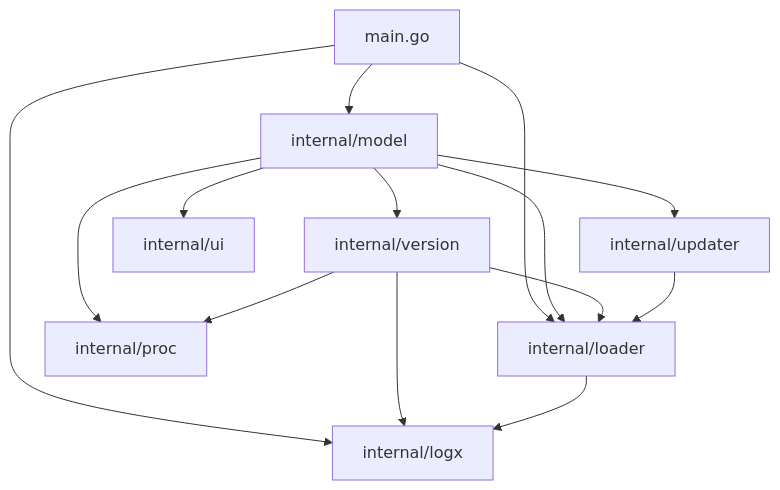
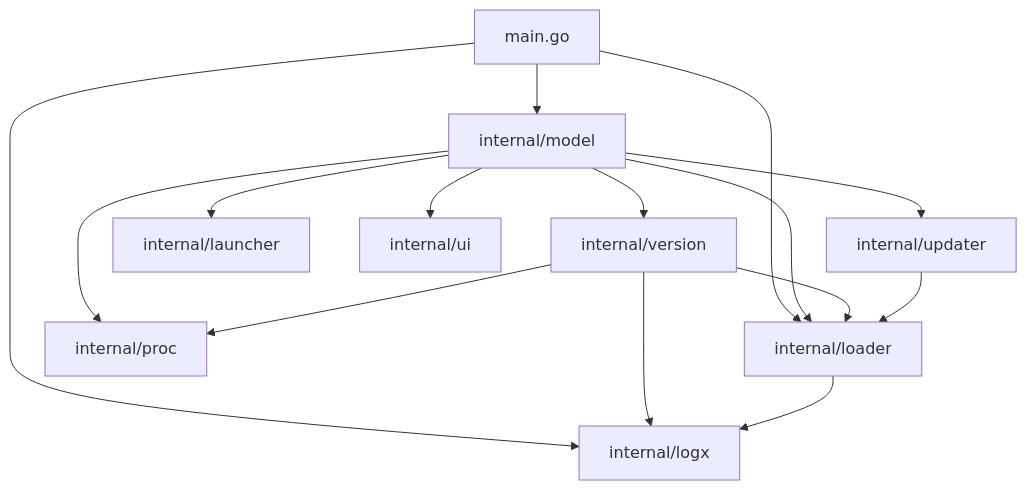
One commit to stanlyzoolo/keeptui changed the diagram in ARCHITECTURE.md. Above: the diagram before and after it, drawn with Mermaid. The commit also changed other lines of this file and 11 other files, not shown here.

````diff
--- a/ARCHITECTURE.md
+++ b/ARCHITECTURE.md
@@ -12,16 +12,17 @@
 ```mermaid
 graph TD
     main[main.go] --> model
     main --> loader
     main --> logx
     model[internal/model] --> loader[internal/loader]
     model --> version[internal/version]
     model --> updater[internal/updater]
+    model --> launcher[internal/launcher]
     model --> ui[internal/ui]
     model --> proc[internal/proc]
     version --> loader
     version --> logx[internal/logx]
     version --> proc
     updater --> loader
     loader --> logx
 ```
````
